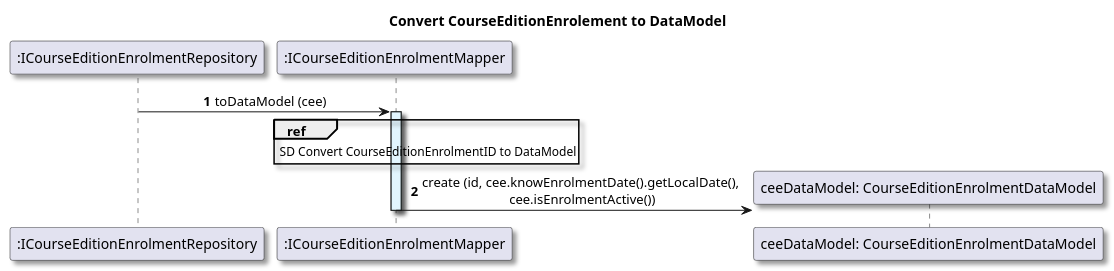
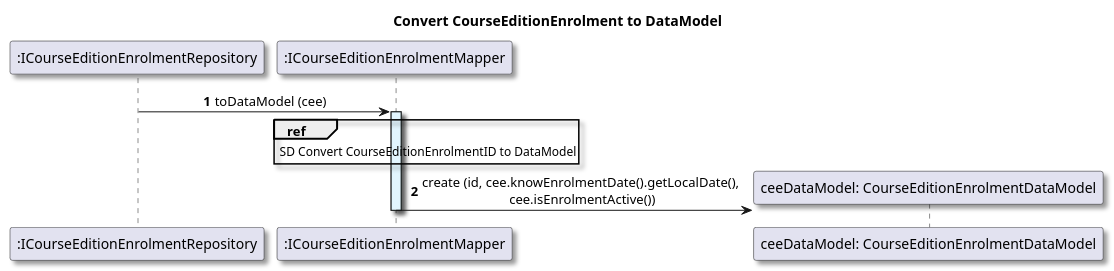
One commit to GasparISEP/DevOps-PAI changed the diagram in docs/US16/references/US16_convertCourseEditionEnrolmentToDataModel.puml. Above: the diagram before and after it, drawn with PlantUML. The commit also changed 10 other files, not shown here.

Commit message:
docs(sequence-diagram): minor adjustments to course edition enrolment functionality SD #359, Closes #382, Closes #313, Closes #398

```diff
--- a/docs/US16/references/US16_convertCourseEditionEnrolmentToDataModel.puml
+++ b/docs/US16/references/US16_convertCourseEditionEnrolmentToDataModel.puml
@@ -1,28 +1,28 @@
 @startuml
 
-title Convert CourseEditionEnrolement to DataModel
+title Convert CourseEditionEnrolment to DataModel
 
 autonumber
 skinparam {
   ActivityPadding 2
   ActivityMargin 2
   BoxPadding 2
 }
 skinparam defaultTextAlignment center
 skinparam shadowing true
 
 participant ":ICourseEditionEnrolmentRepository" as ICourseEditionEnrolmentRepository
 participant ":ICourseEditionEnrolmentMapper" as ceeMapper
 
 ICourseEditionEnrolmentRepository -> ceeMapper: toDataModel (cee)
 activate ceeMapper #E1F5FE
 
 ref over ceeMapper
     SD Convert CourseEditionEnrolmentID to DataModel
 end
 
 create "ceeDataModel: CourseEditionEnrolmentDataModel"
 ceeMapper -> "ceeDataModel: CourseEditionEnrolmentDataModel": create (id, cee.knowEnrolmentDate().getLocalDate(),\n cee.isEnrolmentActive())
 deactivate ceeMapper
 
 @enduml
```
